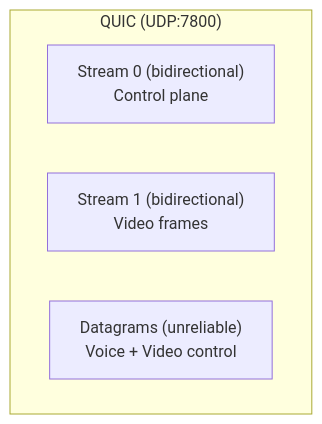
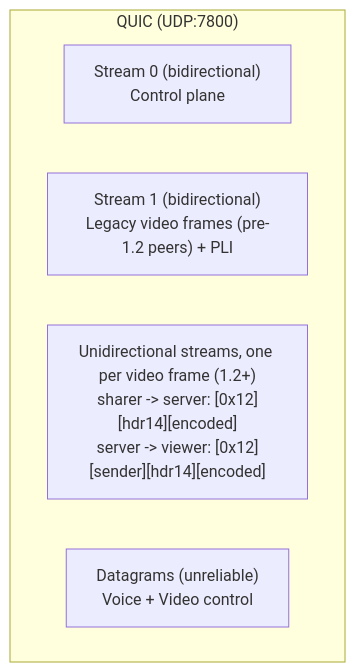
The second of 5 diagrams in docs/protocol.md (emcifuntik/parties), drawn with Mermaid before and after one commit. The commit also changed other lines of this file and 46 other files, not shown here.

````diff
--- a/docs/protocol.md
+++ b/docs/protocol.md
@@ -46,8 +58,9 @@
 ```mermaid
 graph TB
     subgraph "QUIC (UDP:7800)"
         S0["Stream 0 (bidirectional)<br/>Control plane"]
-        S1["Stream 1 (bidirectional)<br/>Video frames"]
+        S1["Stream 1 (bidirectional)<br/>Legacy video frames (pre-1.2 peers) + PLI"]
+        UF["Unidirectional streams, one per video frame (1.2+)<br/>sharer -> server: [0x12][hdr14][encoded]<br/>server -> viewer: [0x12][sender][hdr14][encoded]"]
         DG["Datagrams (unreliable)<br/>Voice + Video control"]
     end
 ```
````
